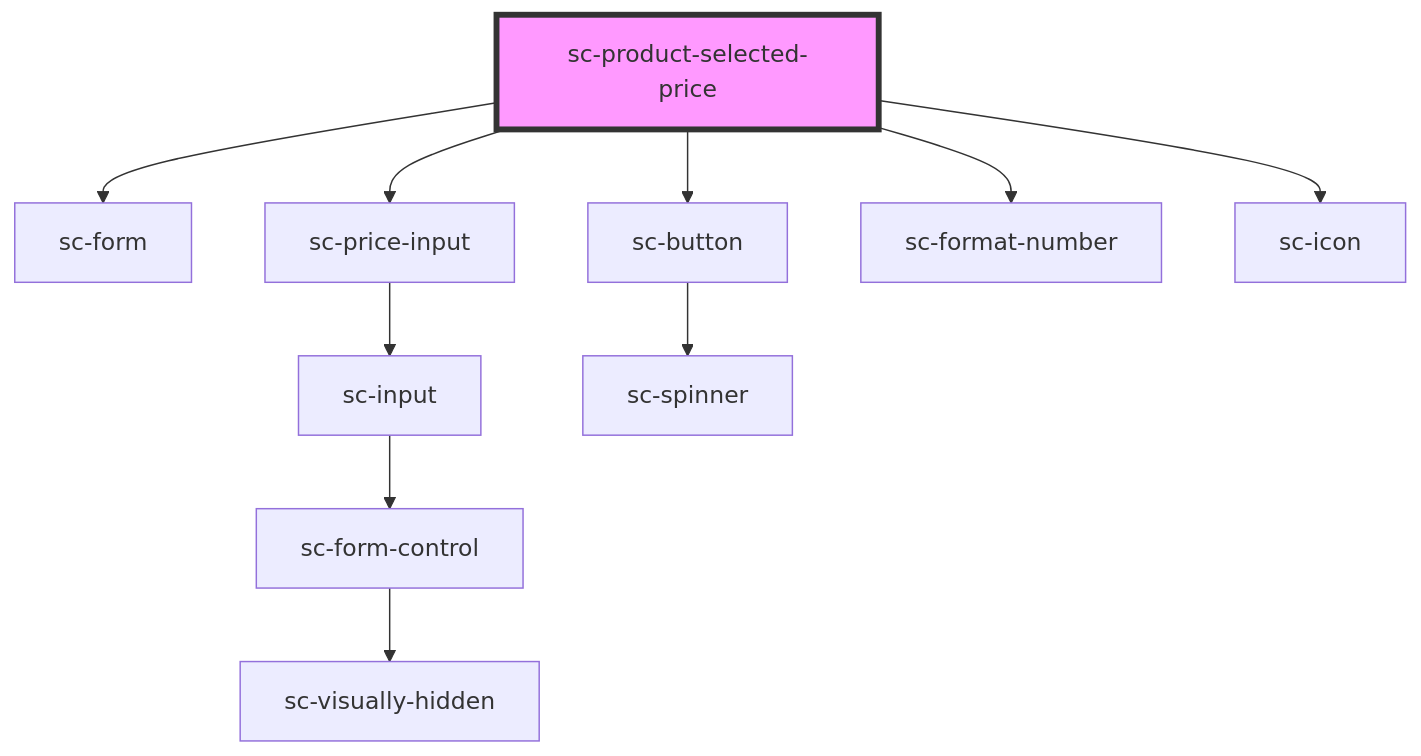
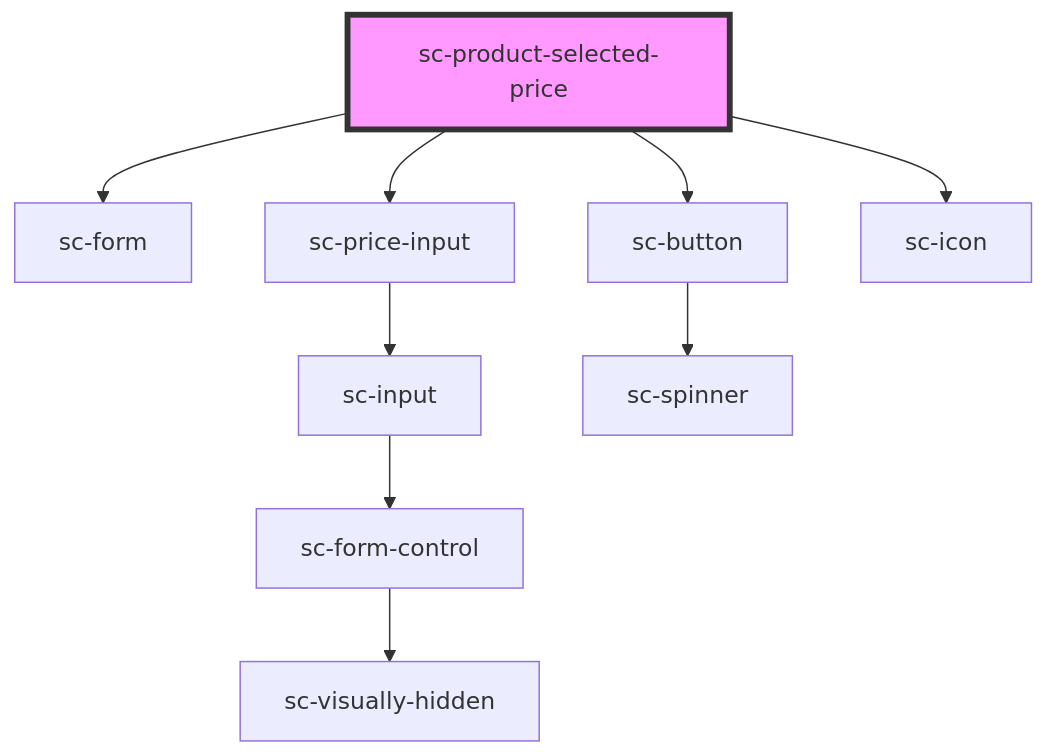
One commit to surecart/surecart-wp-plugin changed the diagram in packages/components/src/components/controllers/checkout-form/sc-product-selected-price/readme.md. Above: the diagram before and after it, drawn with Mermaid. The commit also changed other lines of this file and 37 other files, not shown here.

````diff
--- a/packages/components/src/components/controllers/checkout-form/sc-product-selected-price/readme.md
+++ b/packages/components/src/components/controllers/checkout-form/sc-product-selected-price/readme.md
@@ -40,13 +39,12 @@
 ```mermaid
 graph TD;
   sc-product-selected-price --> sc-form
   sc-product-selected-price --> sc-price-input
   sc-product-selected-price --> sc-button
-  sc-product-selected-price --> sc-format-number
   sc-product-selected-price --> sc-icon
   sc-price-input --> sc-input
   sc-input --> sc-form-control
   sc-form-control --> sc-visually-hidden
   sc-button --> sc-spinner
   style sc-product-selected-price fill:#f9f,stroke:#333,stroke-width:4px
 ```
````
